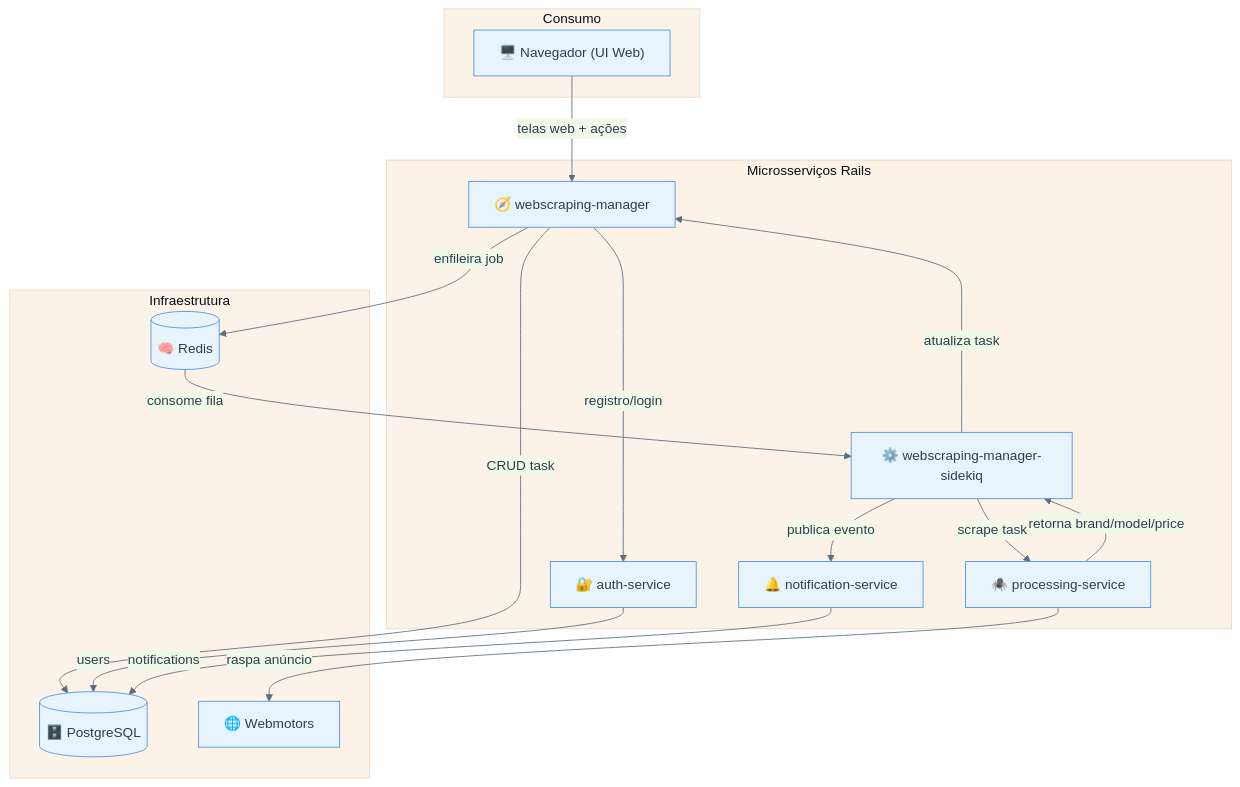
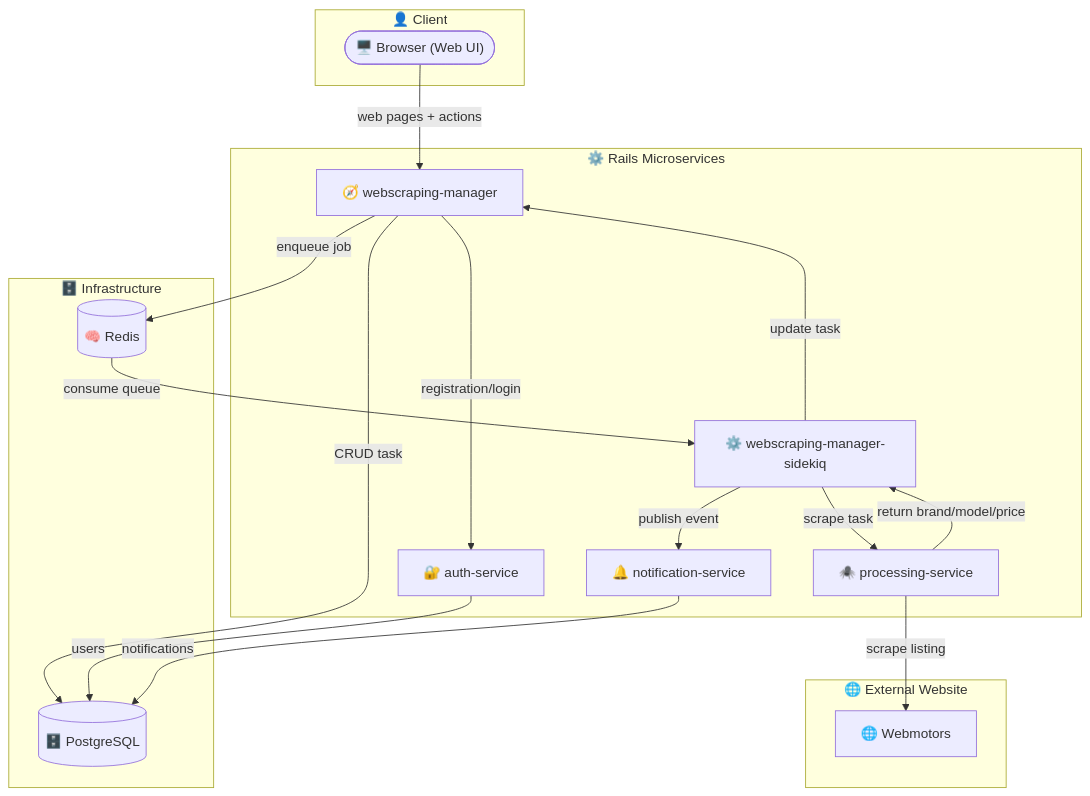
One commit to enogrob/c2s-webscraping-rails changed the first of 8 diagrams in README.md. Above: the diagram before and after it, drawn with Mermaid. The commit also changed other lines of this file and 3 other files, not shown here.

````diff
--- a/README.md
+++ b/README.md
@@ -7,46 +9,36 @@
 ```mermaid
-%%{init: {
-	'theme':'base',
-	'themeVariables': {
-		'primaryColor':'#E8F4FD',
-		'primaryBorderColor':'#4A90E2',
-		'primaryTextColor':'#2C3E50',
-		'secondaryColor':'#F0F8E8',
-		'tertiaryColor':'#FDF2E8',
-		'quaternaryColor':'#F8E8F8',
-		'lineColor':'#5D6D7E',
-		'fontFamily':'Inter,Segoe UI,Arial'
-	}
-}}%%
-graph TB
-	subgraph ClientSide["Consumo"]
-		CLI["🖥️ Navegador (UI Web)"]
+flowchart TD
+	subgraph ClientSide["👤 Client"]
+		CLI(["🖥️ Browser (Web UI)"])
 	end
 
-	subgraph CoreServices["Microsserviços Rails"]
+	subgraph CoreServices["⚙️ Rails Microservices"]
 		AUTH["🔐 auth-service"]
 		MANAGER["🧭 webscraping-manager"]
 		PROC["🕷️ processing-service"]
 		NOTIF["🔔 notification-service"]
 		SIDEKIQ["⚙️ webscraping-manager-sidekiq"]
 	end
 
-	subgraph Infra["Infraestrutura"]
+	subgraph Infra["🗄️ Infrastructure"]
 		PG[("🗄️ PostgreSQL")]
 		REDIS[("🧠 Redis")]
+	end
+
+	subgraph External["🌐 External Website"]
 		WEB["🌐 Webmotors"]
 	end
 
-	CLI -->|"telas web + ações"| MANAGER
-	MANAGER -->|"registro/login"| AUTH
+	CLI -->|"web pages + actions"| MANAGER
+	MANAGER -->|"registration/login"| AUTH
 	MANAGER -->|"CRUD task"| PG
-	MANAGER -->|"enfileira job"| REDIS
-	REDIS -->|"consome fila"| SIDEKIQ
+	MANAGER -->|"enqueue job"| REDIS
+	REDIS -->|"consume queue"| SIDEKIQ
 	SIDEKIQ -->|"scrape task"| PROC
-	PROC -->|"raspa anúncio"| WEB
-	PROC -->|"retorna brand/model/price"| SIDEKIQ
-	SIDEKIQ -->|"atualiza task"| MANAGER
-	SIDEKIQ -->|"publica evento"| NOTIF
+	PROC -->|"scrape listing"| WEB
+	PROC -->|"return brand/model/price"| SIDEKIQ
+	SIDEKIQ -->|"update task"| MANAGER
+	SIDEKIQ -->|"publish event"| NOTIF
 	AUTH -->|"users"| PG
 	NOTIF -->|"notifications"| PG
 ```
````
